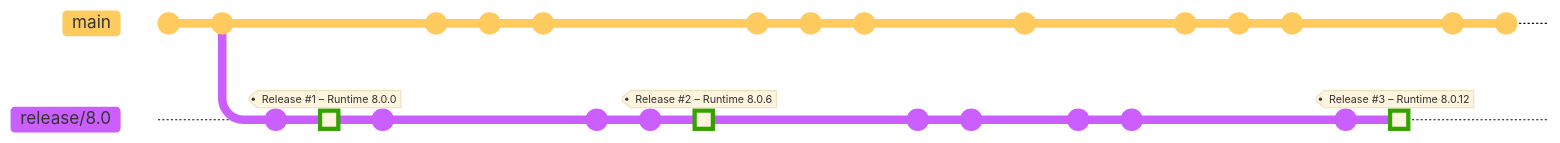
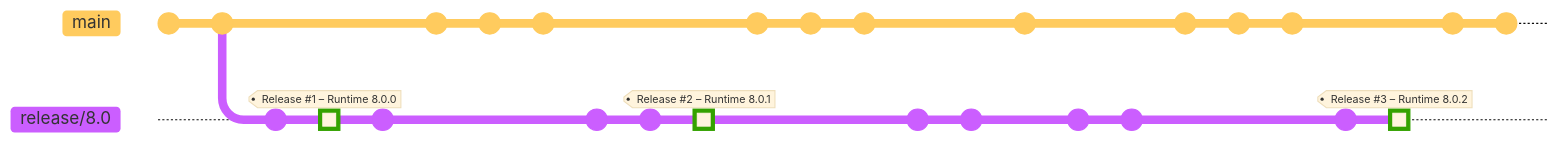
One commit to dotnet/arcade changed the second of 4 diagrams in Documentation/UnifiedBuild/VMR-Managing-SDK-Bands.md. Above: the diagram before and after it, drawn with Mermaid. The commit also changed other lines of this file, not shown here. Commit ids are hidden.

````diff
--- a/Documentation/UnifiedBuild/VMR-Managing-SDK-Bands.md
+++ b/Documentation/UnifiedBuild/VMR-Managing-SDK-Bands.md
@@ -84,41 +84,41 @@
 ```mermaid
 %%{init: { 'logLevel': 'debug', 'theme': 'base', 'gitGraph': {'showCommitLabel': false, 'tagLabelFontSize': '24px'}} }%%
 gitGraph
     commit
     commit
     branch release/8.0
     checkout release/8.0
     commit
     commit type: HIGHLIGHT tag: "Release #1 – Runtime 8.0.0"
     commit
     checkout main
     commit
     commit
     commit
     checkout release/8.0
     commit
     commit
-    commit type: HIGHLIGHT tag: "Release #2 – Runtime 8.0.6"
+    commit type: HIGHLIGHT tag: "Release #2 – Runtime 8.0.1"
     checkout main
     commit
     commit
     commit
     checkout release/8.0
     commit
     commit
     checkout main
     commit
     checkout release/8.0
     commit
     commit
     checkout main
     commit
     commit
     commit
     checkout release/8.0
     commit
-    commit type: HIGHLIGHT tag: "Release #3 – Runtime 8.0.12"
+    commit type: HIGHLIGHT tag: "Release #3 – Runtime 8.0.2"
     checkout main
     commit
     commit
 ```
````
